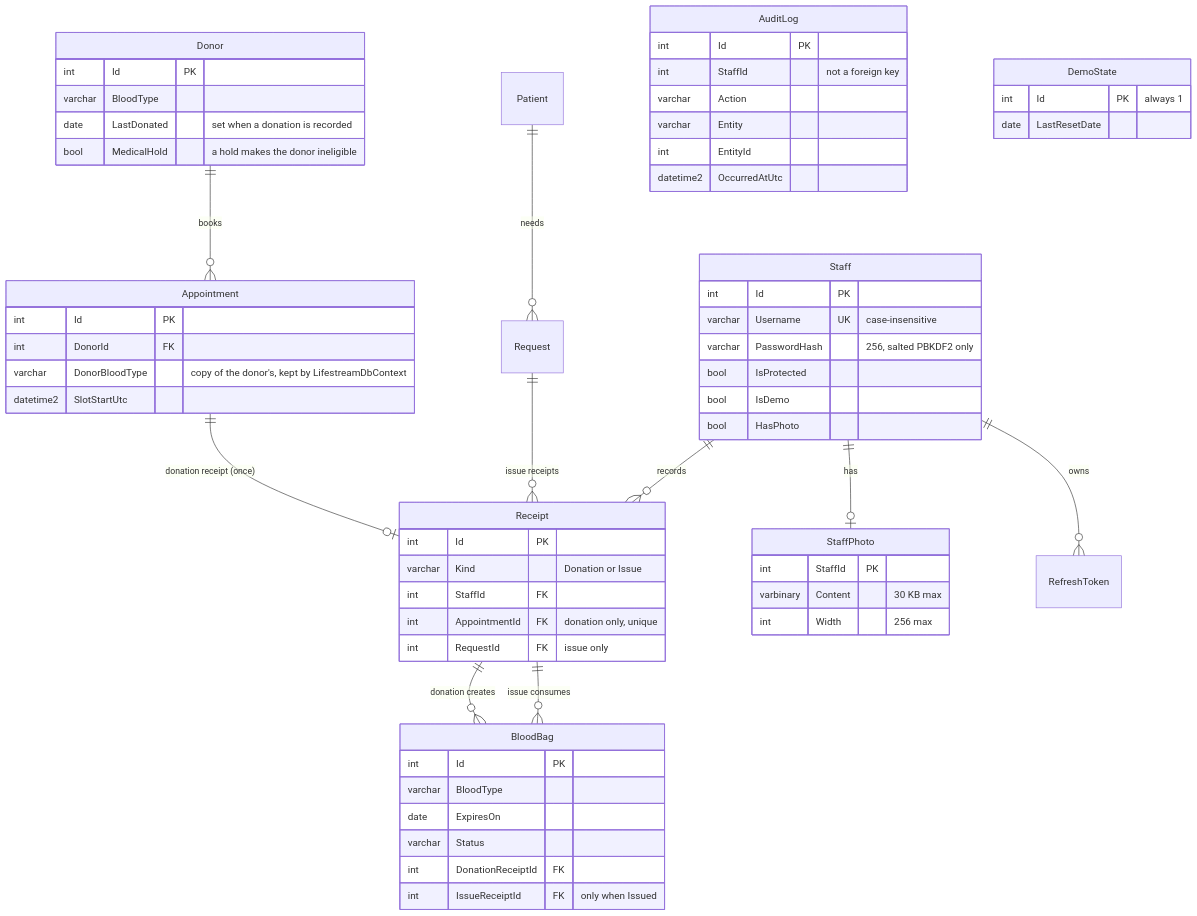
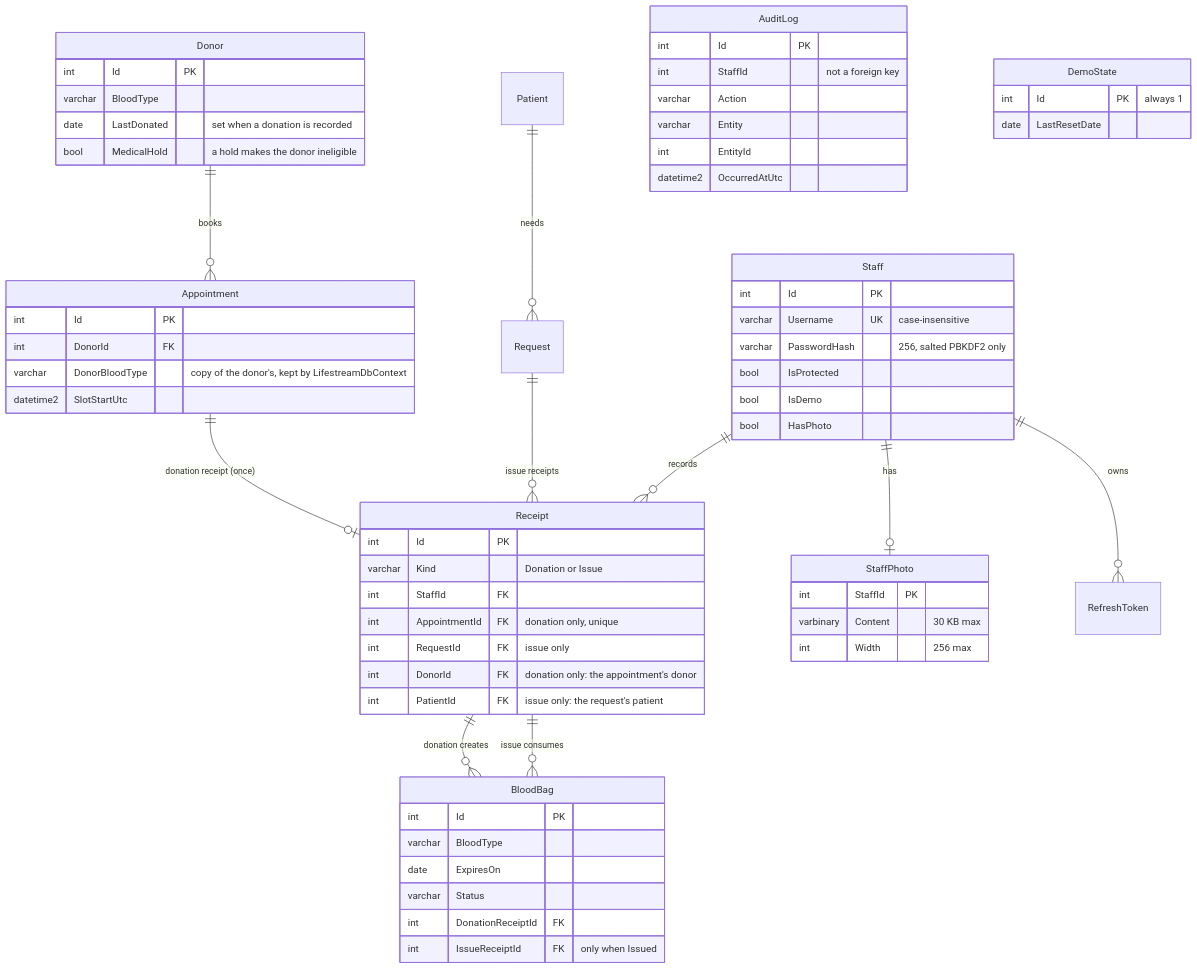
The diagram in docs/database.md (maiznadeem/Lifestream), drawn with Mermaid before and after one commit. The commit also changed other lines of this file and 1 other file, not shown here.

````diff
--- a/docs/database.md
+++ b/docs/database.md
@@ -9,64 +9,66 @@
 ```mermaid
 erDiagram
     Donor ||--o{ Appointment : books
     Patient ||--o{ Request : needs
     Appointment ||--o| Receipt : "donation receipt (once)"
     Request ||--o{ Receipt : "issue receipts"
     Staff ||--o{ Receipt : records
     Receipt ||--o{ BloodBag : "donation creates"
     Receipt ||--o{ BloodBag : "issue consumes"
     Staff ||--o| StaffPhoto : has
     Staff ||--o{ RefreshToken : owns
     Donor {
         int Id PK
         varchar BloodType
         date LastDonated "set when a donation is recorded"
         bool MedicalHold "a hold makes the donor ineligible"
     }
     Staff {
         int Id PK
         varchar Username UK "case-insensitive"
         varchar PasswordHash "256, salted PBKDF2 only"
         bool IsProtected
         bool IsDemo
         bool HasPhoto
     }
     StaffPhoto {
         int StaffId PK
         varbinary Content "30 KB max"
         int Width "256 max"
     }
     Appointment {
         int Id PK
         int DonorId FK
         varchar DonorBloodType "copy of the donor's, kept by LifestreamDbContext"
         datetime2 SlotStartUtc
     }
     Receipt {
         int Id PK
         varchar Kind "Donation or Issue"
         int StaffId FK
         int AppointmentId FK "donation only, unique"
         int RequestId FK "issue only"
+        int DonorId FK "donation only: the appointment's donor"
+        int PatientId FK "issue only: the request's patient"
     }
     BloodBag {
         int Id PK
         varchar BloodType
         date ExpiresOn
         varchar Status
         int DonationReceiptId FK
         int IssueReceiptId FK "only when Issued"
     }
     AuditLog {
         int Id PK
         int StaffId "not a foreign key"
         varchar Action
         varchar Entity
         int EntityId
         datetime2 OccurredAtUtc
     }
     DemoState {
         int Id PK "always 1"
         date LastResetDate
     }
 ```
````
